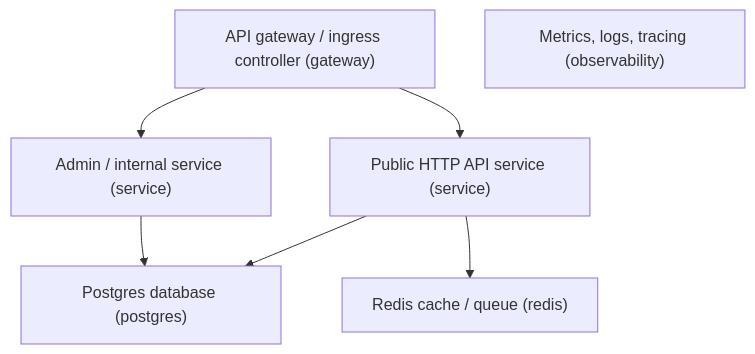
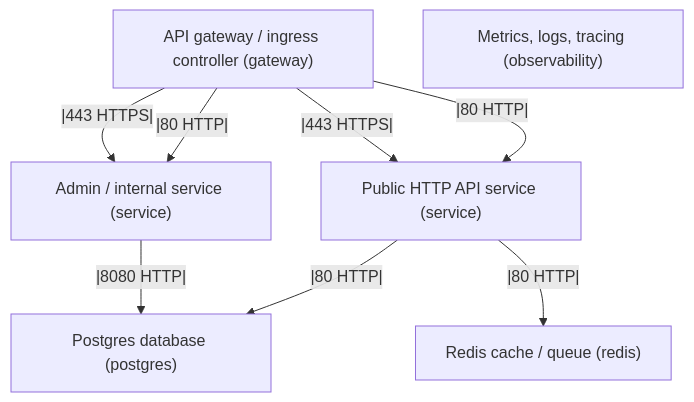
One commit to casualuser/casualuser.github.io changed the diagram in docs/blueprints/go-microservices-gateway.mmd. Above: the diagram before and after it, drawn with Mermaid. The commit also changed 6 other files, not shown here.

Commit message:
blueprints: add protocol/port labels to Mermaid diagram arrows, style diagram containers with dark background and shadow, update solutions page to separate diagram links from blueprint descriptions

```diff
--- a/docs/blueprints/go-microservices-gateway.mmd
+++ b/docs/blueprints/go-microservices-gateway.mmd
@@ -1,13 +1,15 @@
 %% Autogenerated from codemap go-microservices-gateway; do not edit by hand.
 graph TD
   gateway["API gateway / ingress controller (gateway)"]
   svc_public["Public HTTP API service (service)"]
   svc_admin["Admin / internal service (service)"]
   db["Postgres database (postgres)"]
   cache["Redis cache / queue (redis)"]
   observability["Metrics, logs, tracing (observability)"]
-  gateway --> svc_public
-  gateway --> svc_admin
-  svc_public --> db
-  svc_public --> cache
-  svc_admin --> db
+  gateway --|80 HTTP|--> svc_public
+  gateway --|443 HTTPS|--> svc_public
+  gateway --|80 HTTP|--> svc_admin
+  gateway --|443 HTTPS|--> svc_admin
+  svc_public --|80 HTTP|--> db
+  svc_public --|80 HTTP|--> cache
+  svc_admin --|8080 HTTP|--> db
```
